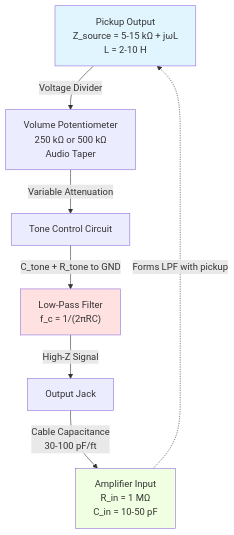
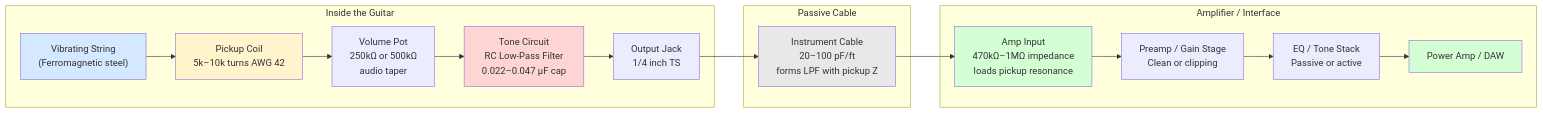
Before and after one commit to blebleblee/synapse: the second of 5 diagrams in topics/arts/music_performance/electric_guitar/labs.md, drawn with Mermaid. The commit also changed other lines of this file and 3 other files, not shown here.

````diff
--- a/topics/arts/music_performance/electric_guitar/labs.md
+++ b/topics/arts/music_performance/electric_guitar/labs.md
@@ -347,14 +465,29 @@
 ```mermaid
-graph TD
-    A["Pickup Output<br/>Z_source = 5-15 kΩ + jωL<br/>L = 2-10 H"] -->|"Voltage Divider"| B["Volume Potentiometer<br/>250 kΩ or 500 kΩ<br/>Audio Taper"]
-    B -->|"Variable Attenuation"| C["Tone Control Circuit"]
-    C -->|"C_tone + R_tone to GND"| D["Low-Pass Filter<br/>f_c = 1/(2πRC)"]
-    D -->|"High-Z Signal"| E["Output Jack"]
-    E -->|"Cable Capacitance<br/>30-100 pF/ft"| F["Amplifier Input<br/>R_in = 1 MΩ<br/>C_in = 10-50 pF"]
-    
-    F -.->|"Forms LPF with pickup"| A
-    
-    style A fill:#e1f5ff
-    style D fill:#ffe1e1
-    style F fill:#f0ffe1
+graph LR
+    subgraph sub_guitar ["Inside the Guitar"]
+        A["Vibrating String\n(Ferromagnetic steel)"] --> B["Pickup Coil\n5k–10k turns AWG 42"]
+        B --> C["Volume Pot\n250kΩ or 500kΩ\naudio taper"]
+        C --> D["Tone Circuit\nRC Low-Pass Filter\n0.022–0.047 µF cap"]
+        D --> E["Output Jack\n1/4 inch TS"]
+    end
+
+    subgraph sub_cable ["Passive Cable"]
+        F["Instrument Cable\n20–100 pF/ft\nforms LPF with pickup Z"]
+    end
+
+    subgraph sub_amp ["Amplifier / Interface"]
+        G["Amp Input\n470kΩ–1MΩ impedance\nloads pickup resonance"]
+        G --> H["Preamp / Gain Stage\nClean or clipping"]
+        H --> I["EQ / Tone Stack\nPassive or active"]
+        I --> J["Power Amp / DAW"]
+    end
+
+    E --> F --> G
+
+    style A fill:#d4e8ff
+    style B fill:#fff4cc
+    style D fill:#ffd4d4
+    style F fill:#e8e8e8
+    style G fill:#d4ffd4
+    style J fill:#d4ffd4
 ```
````
